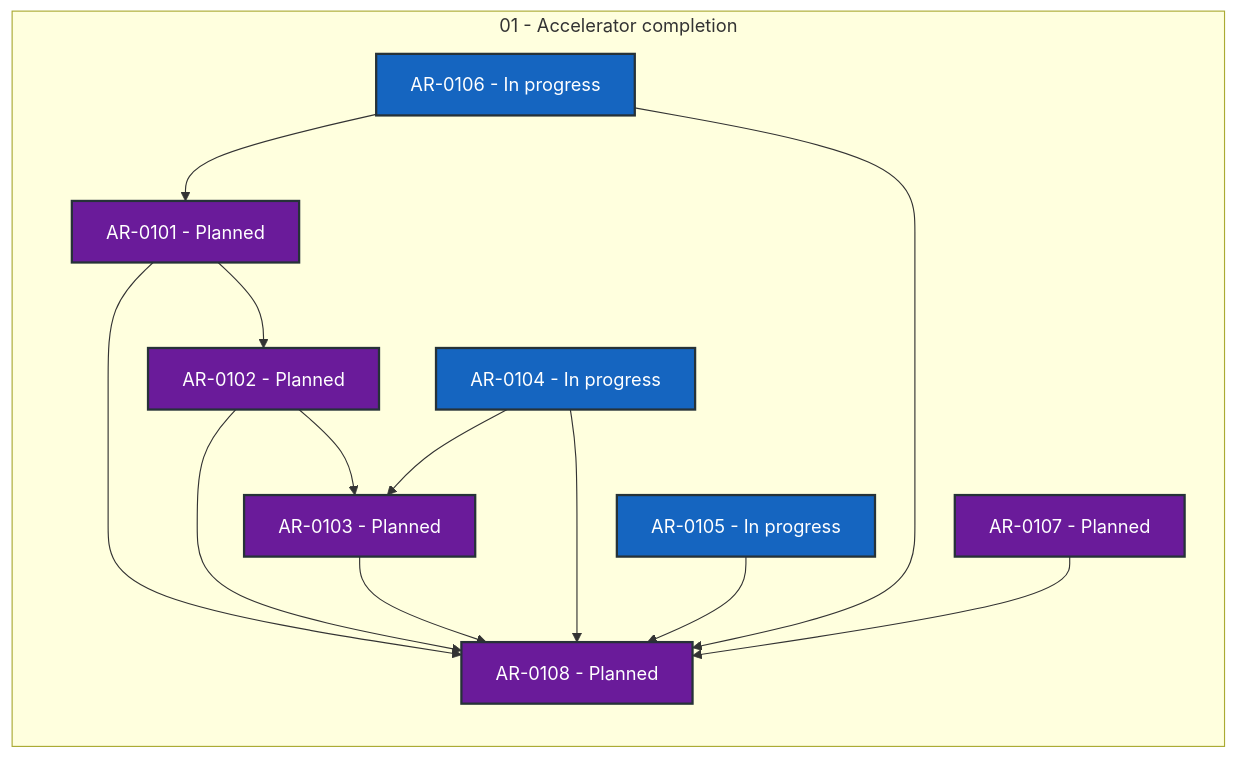
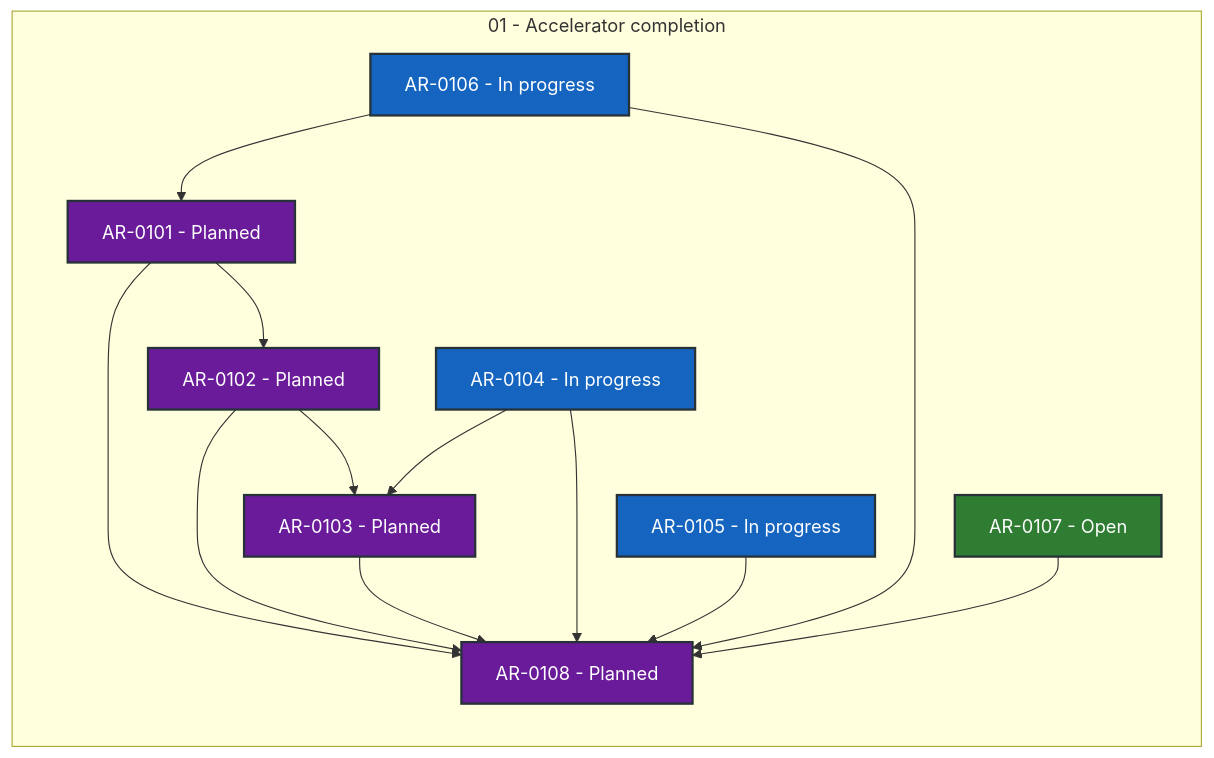
The diagram in coordination/STATUS.md (locutus3009/exgame), drawn with Mermaid before and after one commit. The commit also changed other lines of this file and 2 other files, not shown here.

````diff
--- a/coordination/STATUS.md
+++ b/coordination/STATUS.md
@@ -28,34 +28,34 @@
 ```mermaid
 flowchart LR
     subgraph series_01["01 - Accelerator completion"]
         direction TB
         AR_0101["AR-0101 - Planned"]:::status_planned
         AR_0102["AR-0102 - Planned"]:::status_planned
         AR_0103["AR-0103 - Planned"]:::status_planned
         AR_0104["AR-0104 - In progress"]:::status_in_progress
         AR_0105["AR-0105 - In progress"]:::status_in_progress
         AR_0106["AR-0106 - In progress"]:::status_in_progress
-        AR_0107["AR-0107 - Planned"]:::status_planned
+        AR_0107["AR-0107 - Open"]:::status_open
         AR_0108["AR-0108 - Planned"]:::status_planned
     end
     AR_0101 --> AR_0102
     AR_0101 --> AR_0108
     AR_0102 --> AR_0103
     AR_0102 --> AR_0108
     AR_0103 --> AR_0108
     AR_0104 --> AR_0103
     AR_0104 --> AR_0108
     AR_0105 --> AR_0108
     AR_0106 --> AR_0101
     AR_0106 --> AR_0108
     AR_0107 --> AR_0108
     classDef status_in_progress fill:#1565c0,color:#ffffff,stroke:#263238,stroke-width:2px
     classDef status_in_review fill:#ad1457,color:#ffffff,stroke:#263238,stroke-width:2px
     classDef status_open fill:#2e7d32,color:#ffffff,stroke:#263238,stroke-width:2px
     classDef status_blocked fill:#c62828,color:#ffffff,stroke:#263238,stroke-width:2px
     classDef status_planned fill:#6a1b9a,color:#ffffff,stroke:#263238,stroke-width:2px
     classDef status_future fill:#455a64,color:#ffffff,stroke:#263238,stroke-width:2px
     classDef status_done fill:#00695c,color:#ffffff,stroke:#263238,stroke-width:2px
     classDef status_cancelled fill:#616161,color:#ffffff,stroke:#263238,stroke-width:2px
     classDef status_superseded fill:#5d4037,color:#ffffff,stroke:#263238,stroke-width:2px
 ```
````
